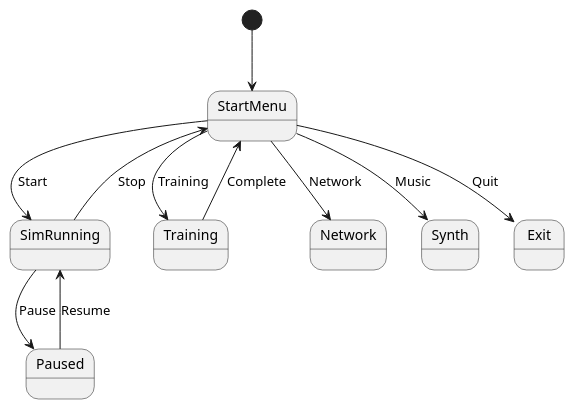
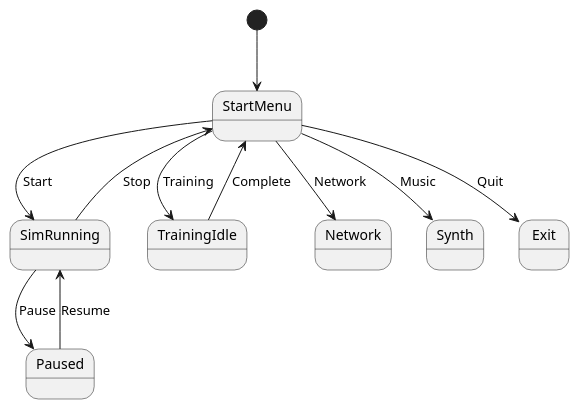
One commit to aortez/dirtsim changed the second of 2 diagrams in apps/src/ui/docs/src/screens/start-menu-home.md. Above: the diagram before and after it, drawn with PlantUML. The commit also changed 47 other files, not shown here.

````diff
--- a/apps/src/ui/docs/src/screens/start-menu-home.md
+++ b/apps/src/ui/docs/src/screens/start-menu-home.md
@@ -25,17 +25,17 @@
 ```plantuml
 @startuml
 [*] --> StartMenu
 
 StartMenu --> SimRunning : Start
-StartMenu --> Training : Training
+StartMenu --> TrainingIdle : Training
 StartMenu --> Network : Network
 StartMenu --> Synth : Music
 StartMenu --> Exit : Quit
 
 SimRunning --> Paused : Pause
 Paused --> SimRunning : Resume
 SimRunning --> StartMenu : Stop
 
-Training --> StartMenu : Complete
+TrainingIdle --> StartMenu : Complete
 @enduml
 ```
````
